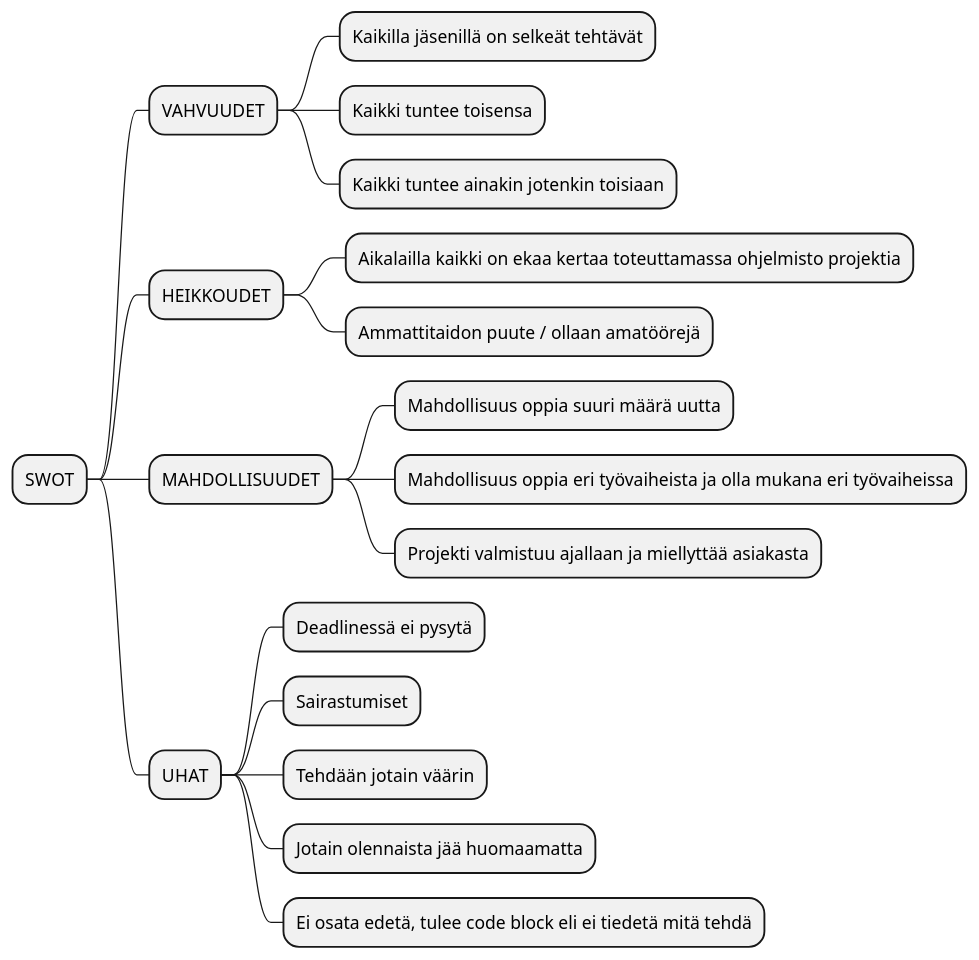
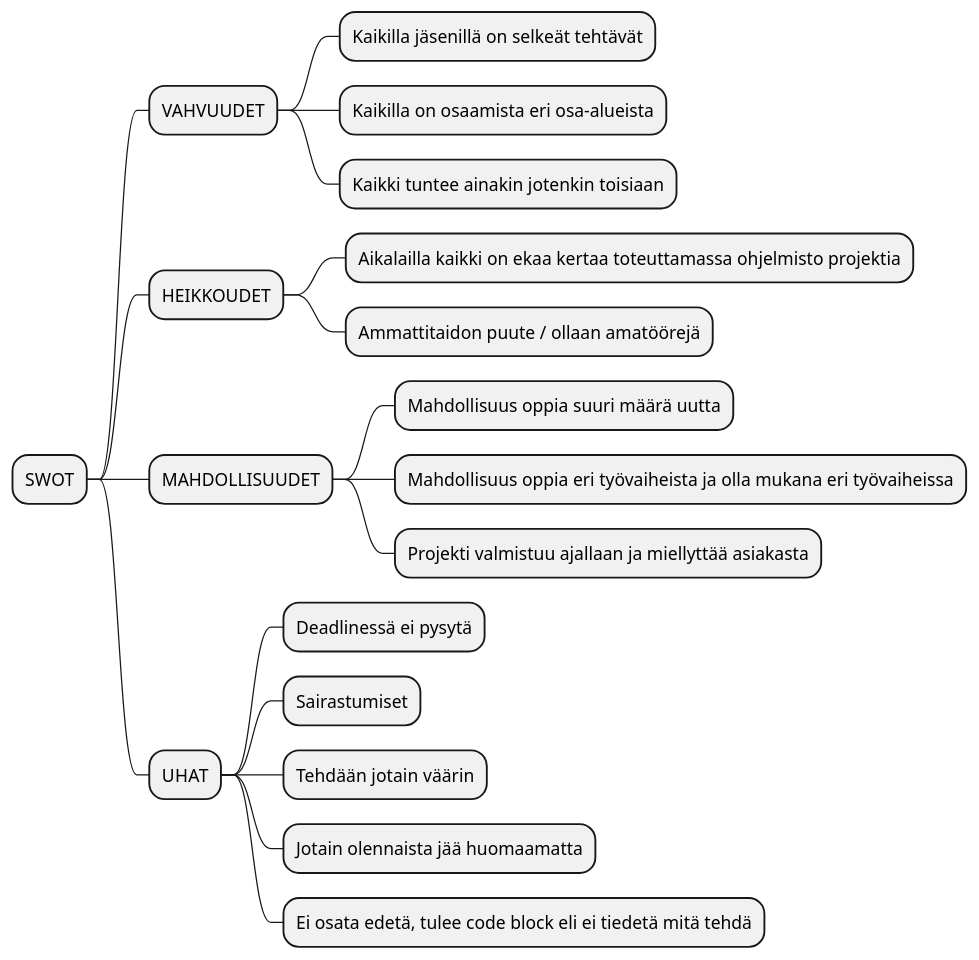
Before and after one commit to M11k4/DynamiittiOrava: the first of 3 diagrams in dokumentit/10-Projektihallinta/tiivistetty-projektisuunnitelma.md, drawn with PlantUML. The commit also changed other lines of this file, not shown here.

````diff
--- a/dokumentit/10-Projektihallinta/tiivistetty-projektisuunnitelma.md
+++ b/dokumentit/10-Projektihallinta/tiivistetty-projektisuunnitelma.md
@@ -87,22 +87,22 @@
 ```plantuml
 @startmindmap
 + SWOT
 ++ VAHVUUDET
 +++ Kaikilla jäsenillä on selkeät tehtävät
-+++ Kaikki tuntee toisensa
++++ Kaikilla on osaamista eri osa-alueista
 +++ Kaikki tuntee ainakin jotenkin toisiaan
 ++ HEIKKOUDET
 +++ Aikalailla kaikki on ekaa kertaa toteuttamassa ohjelmisto projektia
 +++ Ammattitaidon puute / ollaan amatöörejä
 ++ MAHDOLLISUUDET
 +++ Mahdollisuus oppia suuri määrä uutta
 +++ Mahdollisuus oppia eri työvaiheista ja olla mukana eri työvaiheissa
 +++ Projekti valmistuu ajallaan ja miellyttää asiakasta
 ++ UHAT
 +++ Deadlinessä ei pysytä
 +++ Sairastumiset
 +++ Tehdään jotain väärin
 +++ Jotain olennaista jää huomaamatta
 +++ Ei osata edetä, tulee code block eli ei tiedetä mitä tehdä
 @endmindmap
 ```
````
